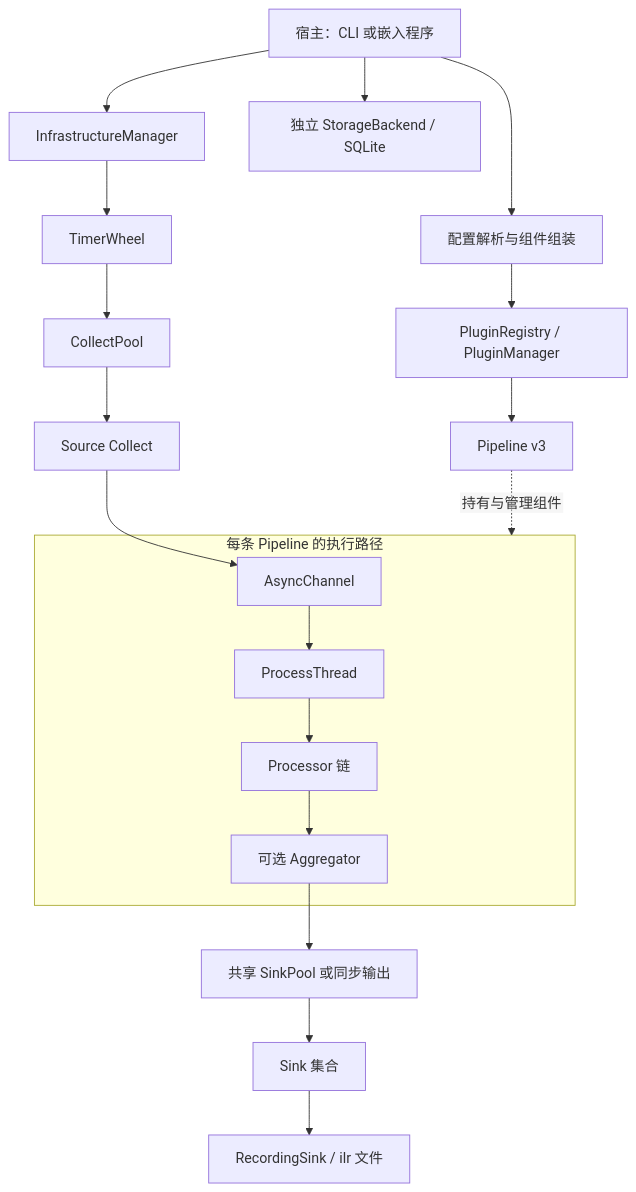
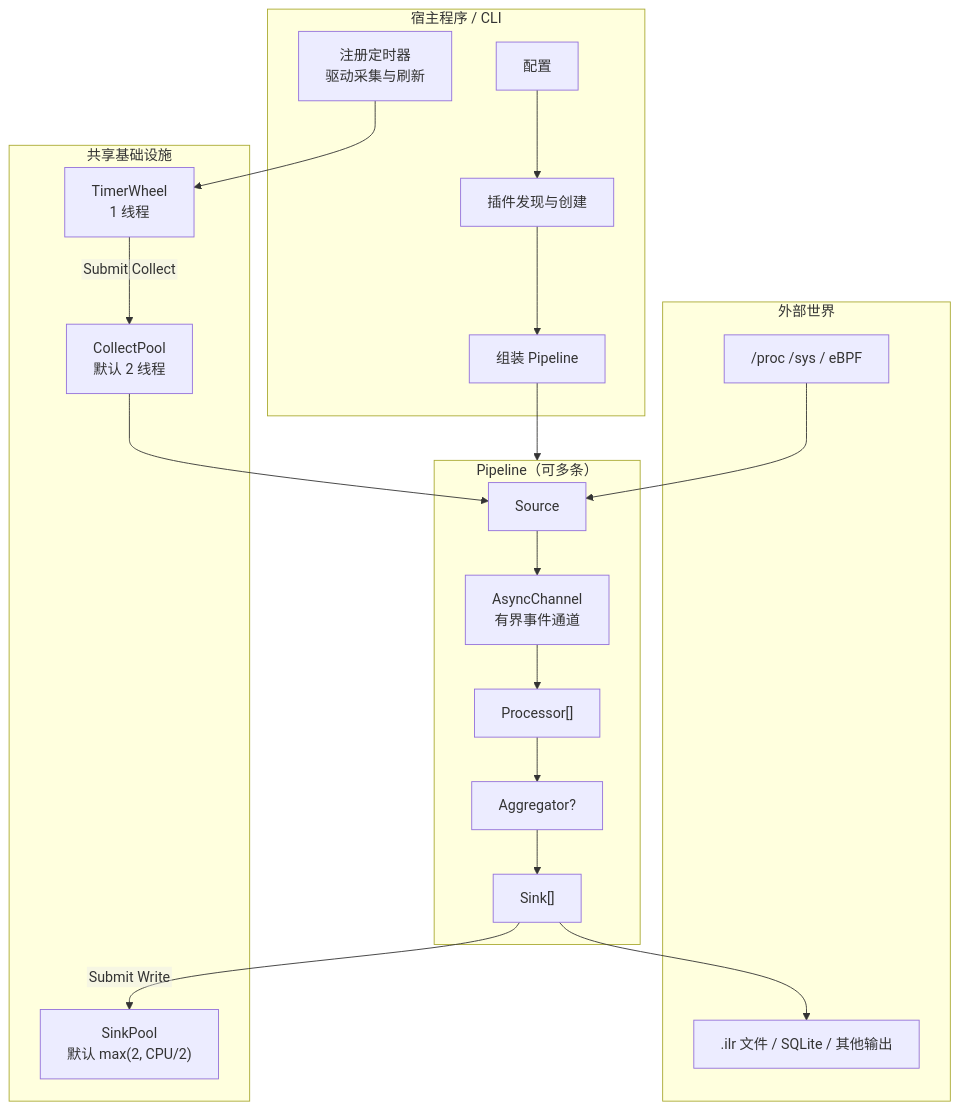
Before and after one commit to Franch-Toast/Scriptorium: the diagram in docs/document/撰修司/illuminator性能监控平台/设计方案/index.md, drawn with Mermaid. The commit also changed other lines of this file and 20 other files, not shown here.

````diff
--- a/docs/document/撰修司/illuminator性能监控平台/设计方案/index.md
+++ b/docs/document/撰修司/illuminator性能监控平台/设计方案/index.md
@@ -35,22 +19,33 @@
 ```mermaid
 %%{init: {"flowchart":{"useMaxWidth":false,"htmlLabels":false}}}%%
 flowchart TB
-    H[宿主：CLI 或嵌入程序] --> C[配置解析与组件组装]
-    C --> R[PluginRegistry / PluginManager]
-    R --> P[Pipeline v3]
-    H --> I[InfrastructureManager]
-    I --> T[TimerWheel]
-    T --> CP[CollectPool]
-    CP --> S[Source Collect]
-    S --> Q[AsyncChannel]
-    subgraph P3[每条 Pipeline 的执行路径]
-        Q --> PT[ProcessThread]
-        PT --> PR[Processor 链]
-        PR --> AG[可选 Aggregator]
+    subgraph HOST["宿主程序 / CLI"]
+        CONFIG["配置"]
+        REG["插件发现与创建"]
+        ASSEMBLE["组装 Pipeline"]
+        SCHED["注册定时器<br/>驱动采集与刷新"]
     end
-    AG --> SP[共享 SinkPool 或同步输出]
-    SP --> SK[Sink 集合]
-    SK --> REC[RecordingSink / ilr 文件]
-    H --> DB[独立 StorageBackend / SQLite]
-    P -.持有与管理组件.-> P3
+    subgraph INFRA["共享基础设施"]
+        TW["TimerWheel<br/>1 线程"]
+        CP["CollectPool<br/>默认 2 线程"]
+        SP["SinkPool<br/>默认 max(2, CPU/2)"]
+    end
+    subgraph PIPE["Pipeline（可多条）"]
+        SRC["Source"] --> CH["AsyncChannel<br/>有界事件通道"]
+        CH --> PROC["Processor[]"]
+        PROC --> AGG["Aggregator?"]
+        AGG --> SINK["Sink[]"]
+    end
+    subgraph EXT["外部世界"]
+        SYS["/proc /sys / eBPF"]
+        OUT[".ilr 文件 / SQLite / 其他输出"]
+    end
+    CONFIG --> REG --> ASSEMBLE
+    ASSEMBLE --> PIPE
+    SCHED --> TW
+    TW -->|"Submit Collect"| CP
+    CP --> SRC
+    SYS --> SRC
+    SINK --> OUT
+    SINK -->|"Submit Write"| SP
 ```
````
